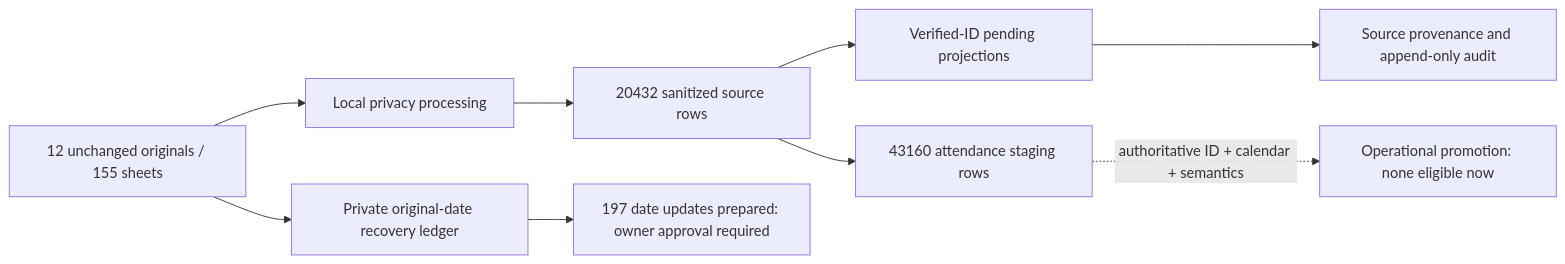
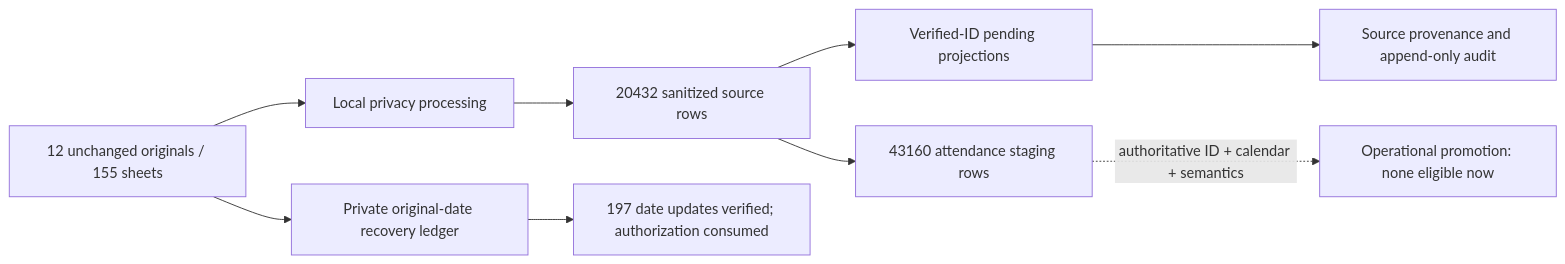
One commit to data-culture-goalkeep/kc2-integrated-data-system-vidhan changed the diagram in docs/visual/final-source-flow.mmd. Above: the diagram before and after it, drawn with Mermaid. The commit also changed 12 other files, not shown here.

```diff
--- a/docs/visual/final-source-flow.mmd
+++ b/docs/visual/final-source-flow.mmd
@@ -1,9 +1,9 @@
 flowchart LR
  ORIGINAL[12 unchanged originals / 155 sheets] --> LOCAL[Local privacy processing]
  LOCAL --> SOURCE[20432 sanitized source rows]
  SOURCE --> ID[Verified-ID pending projections]
  SOURCE --> STAGING[43160 attendance staging rows]
  ORIGINAL --> RECOVERY[Private original-date recovery ledger]
- RECOVERY --> APPROVAL[197 date updates prepared: owner approval required]
+ RECOVERY --> APPROVAL[197 date updates verified; authorization consumed]
  ID --> TRACE[Source provenance and append-only audit]
  STAGING -. authoritative ID + calendar + semantics .-> OP[Operational promotion: none eligible now]
```
